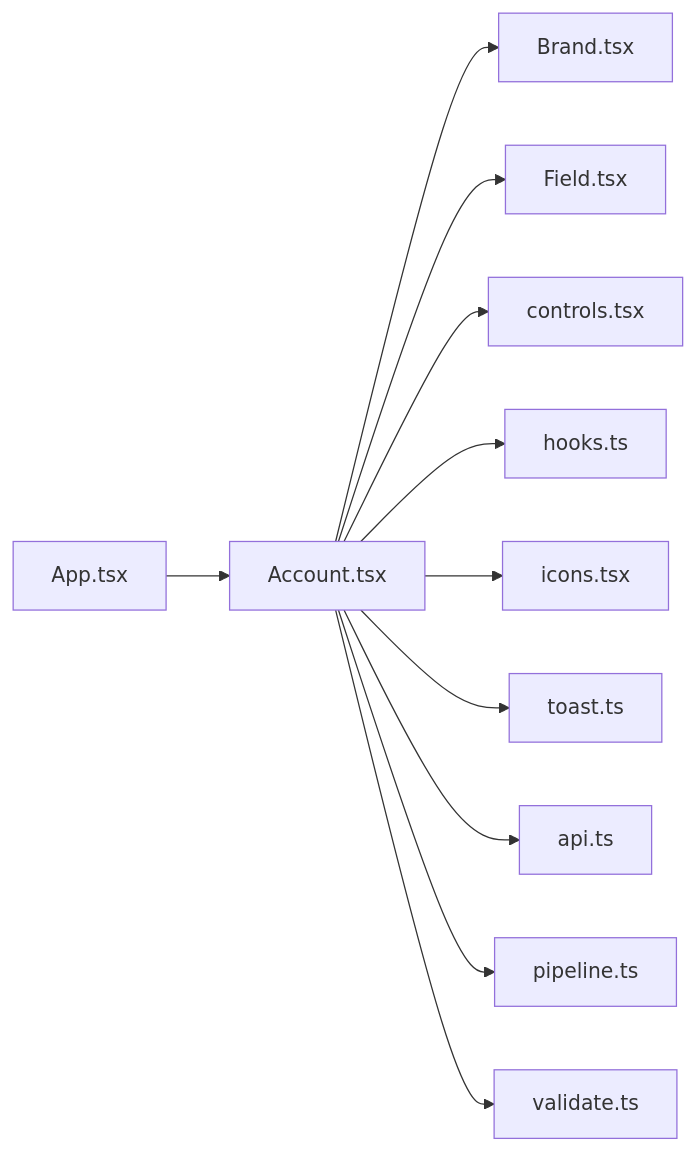
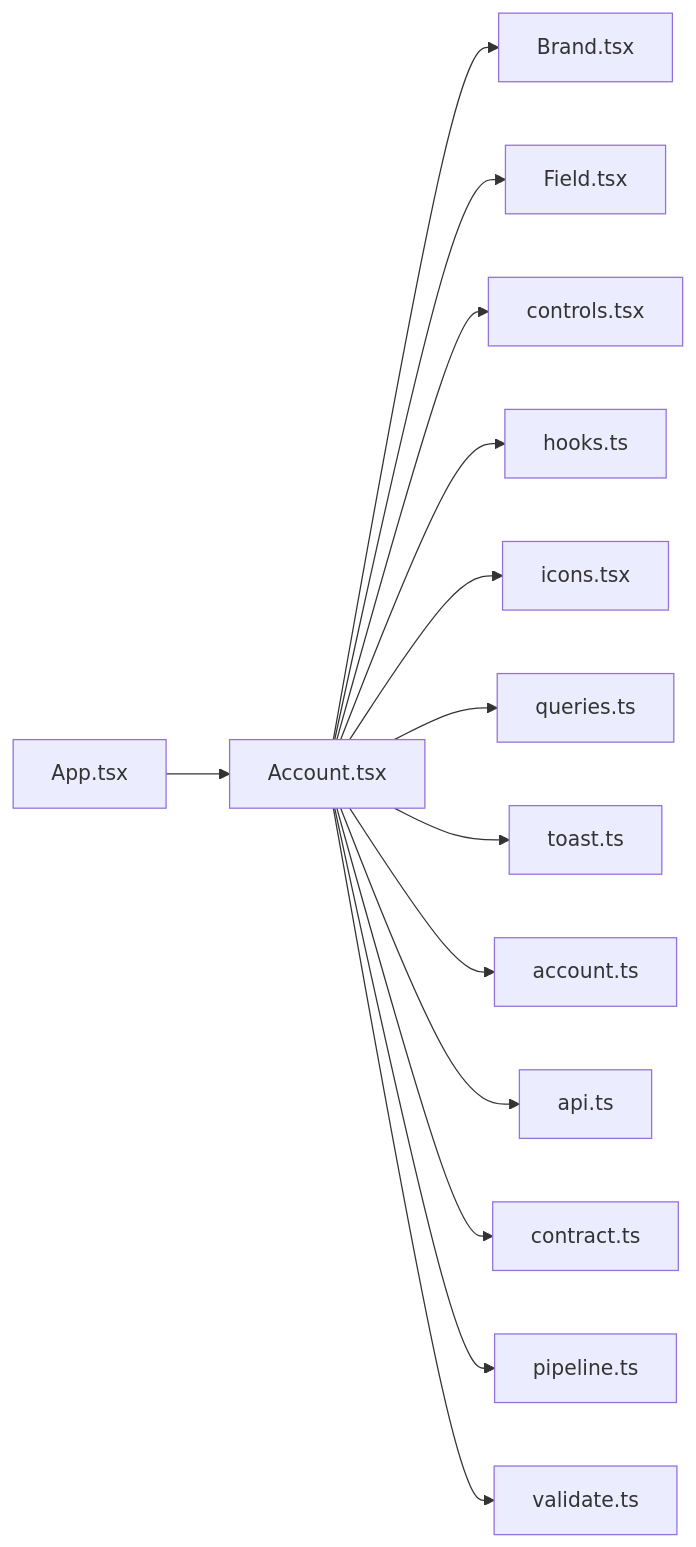
Before and after one commit to minkong-dev/Banblit: the diagram in .cluedoc/graph/frontend/src/routes/Account.md, drawn with Mermaid. The commit also changed other lines of this file and 29 other files, not shown here.

````diff
--- a/.cluedoc/graph/frontend/src/routes/Account.md
+++ b/.cluedoc/graph/frontend/src/routes/Account.md
@@ -10,14 +10,17 @@
 ```mermaid
 flowchart LR
   frontend_src_routes_Account["Account.tsx"]
   frontend_src_routes_Account --> frontend_src_components_Brand["Brand.tsx"]
   frontend_src_routes_Account --> frontend_src_components_Field["Field.tsx"]
   frontend_src_routes_Account --> frontend_src_components_controls["controls.tsx"]
   frontend_src_routes_Account --> frontend_src_components_hooks["hooks.ts"]
   frontend_src_routes_Account --> frontend_src_components_icons["icons.tsx"]
+  frontend_src_routes_Account --> frontend_src_components_queries["queries.ts"]
   frontend_src_routes_Account --> frontend_src_components_toast["toast.ts"]
+  frontend_src_routes_Account --> frontend_src_lib_account["account.ts"]
   frontend_src_routes_Account --> frontend_src_lib_api["api.ts"]
+  frontend_src_routes_Account --> frontend_src_lib_contract["contract.ts"]
   frontend_src_routes_Account --> frontend_src_lib_pipeline["pipeline.ts"]
   frontend_src_routes_Account --> frontend_src_lib_validate["validate.ts"]
   frontend_src_App["App.tsx"] --> frontend_src_routes_Account
 ```
````
